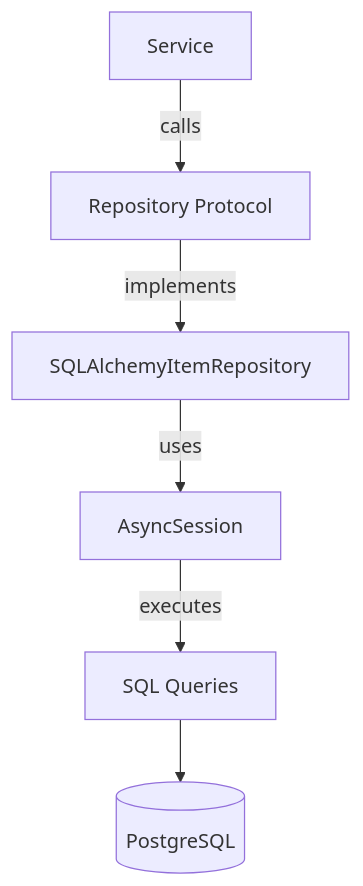
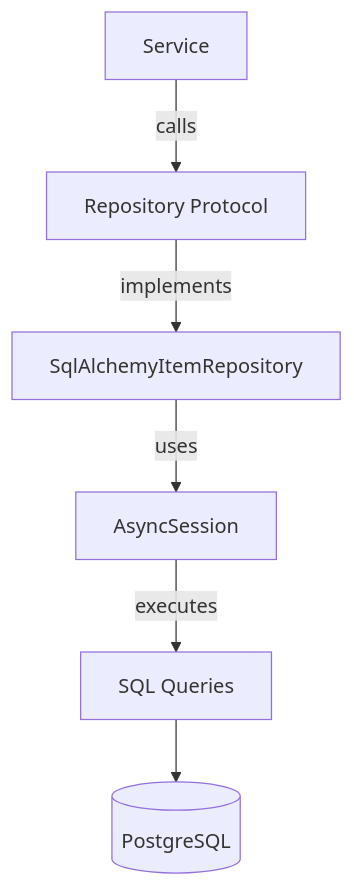
One commit to berserkhmdvhb/fullstack_template changed the fourth of 7 diagrams in wiki/backend-architecture.md. Above: the diagram before and after it, drawn with Mermaid. The commit also changed other lines of this file and 26 other files, not shown here.

````diff
--- a/wiki/backend-architecture.md
+++ b/wiki/backend-architecture.md
@@ -186,8 +185,8 @@
 ```mermaid
 flowchart TB
     Service["Service"] -->|"calls"| Repo["Repository Protocol"]
-    Repo -->|"implements"| SA["SQLAlchemyItemRepository"]
+    Repo -->|"implements"| SA["SqlAlchemyItemRepository"]
     SA -->|"uses"| Session["AsyncSession"]
     Session -->|"executes"| SQL["SQL Queries"]
     SQL --> DB[("PostgreSQL")]
 ```
````
